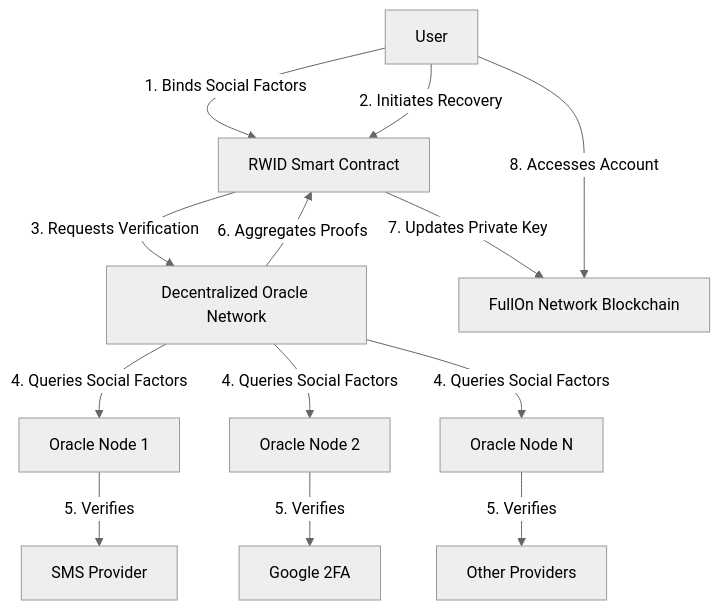
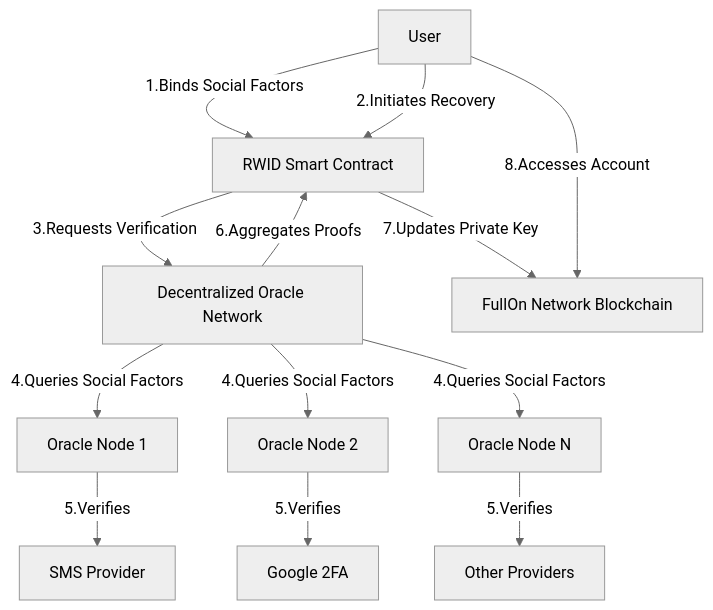
Before and after one commit to fullon-labs/flon.whitepaper: the diagram in rwid-design.md, drawn with Mermaid (neutral theme).

````diff
--- a/rwid-design.md
+++ b/rwid-design.md
@@ -24,15 +24,15 @@
 ```mermaid
 graph TD
-    A[User] -->|1. Binds Social Factors| B[RWID Smart Contract]
-    A -->|2. Initiates Recovery| B
-    B -->|3. Requests Verification| C[Decentralized Oracle Network]
-    C -->|4. Queries Social Factors| D[Oracle Node 1]
-    C -->|4. Queries Social Factors| E[Oracle Node 2]
-    C -->|4. Queries Social Factors| F[Oracle Node N]
-    D -->|5. Verifies| G[SMS Provider]
-    E -->|5. Verifies| H[Google 2FA]
-    F -->|5. Verifies| I[Other Providers]
-    C -->|6. Aggregates Proofs| B
-    B -->|7. Updates Private Key| J[FullOn Network Blockchain]
-    A -->|8. Accesses Account| J
+    A[User] -->|1.Binds Social Factors| B[RWID Smart Contract]
+    A -->|2.Initiates Recovery| B
+    B -->|3.Requests Verification| C[Decentralized Oracle Network]
+    C -->|4.Queries Social Factors| D[Oracle Node 1]
+    C -->|4.Queries Social Factors| E[Oracle Node 2]
+    C -->|4.Queries Social Factors| F[Oracle Node N]
+    D -->|5.Verifies| G[SMS Provider]
+    E -->|5.Verifies| H[Google 2FA]
+    F -->|5.Verifies| I[Other Providers]
+    C -->|6.Aggregates Proofs| B
+    B -->|7.Updates Private Key| J[FullOn Network Blockchain]
+    A -->|8.Accesses Account| J
 ```
````
